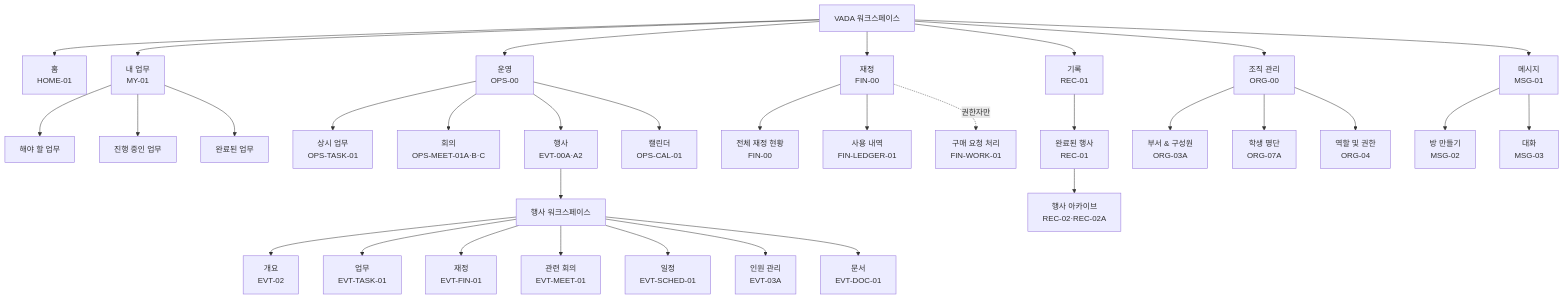
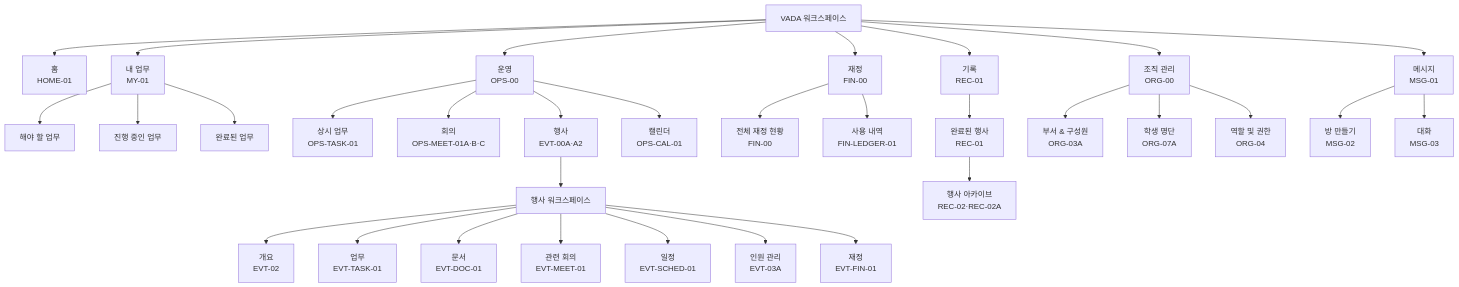
The first of 4 diagrams in docs/VADA_MENU_STRUCTURE.md (vada-hq/vada), drawn with Mermaid before and after one commit. The commit also changed other lines of this file and 6 other files, not shown here.

Commit message:
Update VADA wireframe flows and finance status display

````diff
--- a/docs/VADA_MENU_STRUCTURE.md
+++ b/docs/VADA_MENU_STRUCTURE.md
@@ -22,44 +22,43 @@
 ```mermaid
 flowchart TB
     V["VADA 워크스페이스"]
 
     V --> H["홈<br/>HOME-01"]
     V --> M["내 업무<br/>MY-01"]
     V --> O["운영<br/>OPS-00"]
     V --> F["재정<br/>FIN-00"]
     V --> R["기록<br/>REC-01"]
     V --> G["조직 관리<br/>ORG-00"]
     V --> S["메시지<br/>MSG-01"]
 
     M --> M1["해야 할 업무"]
     M --> M2["진행 중인 업무"]
     M --> M3["완료된 업무"]
 
     O --> O1["상시 업무<br/>OPS-TASK-01"]
     O --> O2["회의<br/>OPS-MEET-01A·B·C"]
     O --> O3["행사<br/>EVT-00A·A2"]
     O --> O4["캘린더<br/>OPS-CAL-01"]
 
     O3 --> E0["행사 워크스페이스"]
     E0 --> E1["개요<br/>EVT-02"]
     E0 --> E2["업무<br/>EVT-TASK-01"]
-    E0 --> E3["재정<br/>EVT-FIN-01"]
+    E0 --> E3["문서<br/>EVT-DOC-01"]
     E0 --> E4["관련 회의<br/>EVT-MEET-01"]
     E0 --> E5["일정<br/>EVT-SCHED-01"]
     E0 --> E6["인원 관리<br/>EVT-03A"]
-    E0 --> E7["문서<br/>EVT-DOC-01"]
+    E0 --> E7["재정<br/>EVT-FIN-01"]
 
     F --> F1["전체 재정 현황<br/>FIN-00"]
     F --> F3["사용 내역<br/>FIN-LEDGER-01"]
-    F -.권한자만.-> F2["구매 요청 처리<br/>FIN-WORK-01"]
 
     R --> R1["완료된 행사<br/>REC-01"]
     R1 --> R2["행사 아카이브<br/>REC-02·REC-02A"]
 
     G --> G1["부서 & 구성원<br/>ORG-03A"]
     G --> G2["학생 명단<br/>ORG-07A"]
     G --> G3["역할 및 권한<br/>ORG-04"]
 
     S --> S1["방 만들기<br/>MSG-02"]
     S --> S2["대화<br/>MSG-03"]
 ```
````
